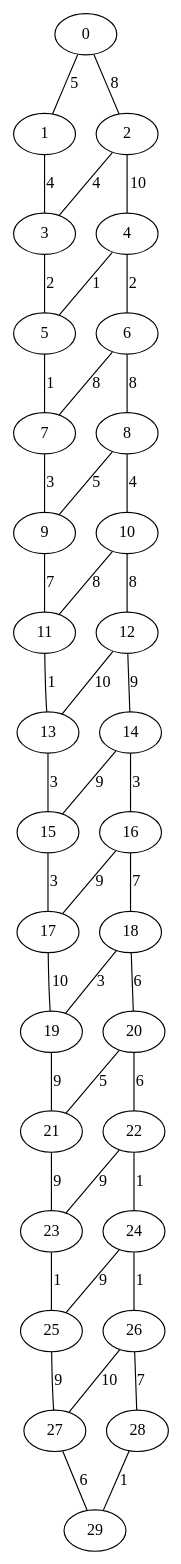
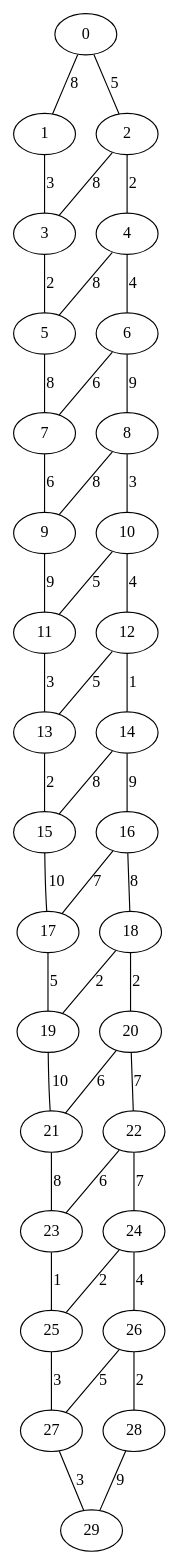
Before and after one commit to HugoBec/graph: the diagram in gv/Mesh_30.gv, drawn with Graphviz. The commit also changed 23 other files, not shown here.

```diff
--- a/gv/Mesh_30.gv
+++ b/gv/Mesh_30.gv
@@ -1,75 +1,75 @@
 graph {
 	0 [label=0]
 	1 [label=1]
 	2 [label=2]
 	3 [label=3]
 	4 [label=4]
 	5 [label=5]
 	6 [label=6]
 	7 [label=7]
 	8 [label=8]
 	9 [label=9]
 	10 [label=10]
 	11 [label=11]
 	12 [label=12]
 	13 [label=13]
 	14 [label=14]
 	15 [label=15]
 	16 [label=16]
 	17 [label=17]
 	18 [label=18]
 	19 [label=19]
 	20 [label=20]
 	21 [label=21]
 	22 [label=22]
 	23 [label=23]
 	24 [label=24]
 	25 [label=25]
 	26 [label=26]
 	27 [label=27]
 	28 [label=28]
 	29 [label=29]
-	0 -- 2 [label=8]
-	0 -- 1 [label=5]
-	1 -- 3 [label=4]
-	2 -- 4 [label=10]
-	2 -- 3 [label=4]
+	0 -- 2 [label=5]
+	0 -- 1 [label=8]
+	1 -- 3 [label=3]
+	2 -- 4 [label=2]
+	2 -- 3 [label=8]
 	3 -- 5 [label=2]
-	4 -- 6 [label=2]
-	4 -- 5 [label=1]
-	5 -- 7 [label=1]
-	6 -- 8 [label=8]
-	6 -- 7 [label=8]
-	7 -- 9 [label=3]
-	8 -- 10 [label=4]
-	8 -- 9 [label=5]
-	9 -- 11 [label=7]
-	10 -- 12 [label=8]
-	10 -- 11 [label=8]
-	11 -- 13 [label=1]
-	12 -- 14 [label=9]
-	12 -- 13 [label=10]
-	13 -- 15 [label=3]
-	14 -- 16 [label=3]
-	14 -- 15 [label=9]
-	15 -- 17 [label=3]
-	16 -- 18 [label=7]
-	16 -- 17 [label=9]
-	17 -- 19 [label=10]
-	18 -- 20 [label=6]
-	18 -- 19 [label=3]
-	19 -- 21 [label=9]
-	20 -- 22 [label=6]
-	20 -- 21 [label=5]
-	21 -- 23 [label=9]
-	22 -- 24 [label=1]
-	22 -- 23 [label=9]
+	4 -- 6 [label=4]
+	4 -- 5 [label=8]
+	5 -- 7 [label=8]
+	6 -- 8 [label=9]
+	6 -- 7 [label=6]
+	7 -- 9 [label=6]
+	8 -- 10 [label=3]
+	8 -- 9 [label=8]
+	9 -- 11 [label=9]
+	10 -- 12 [label=4]
+	10 -- 11 [label=5]
+	11 -- 13 [label=3]
+	12 -- 14 [label=1]
+	12 -- 13 [label=5]
+	13 -- 15 [label=2]
+	14 -- 16 [label=9]
+	14 -- 15 [label=8]
+	15 -- 17 [label=10]
+	16 -- 18 [label=8]
+	16 -- 17 [label=7]
+	17 -- 19 [label=5]
+	18 -- 20 [label=2]
+	18 -- 19 [label=2]
+	19 -- 21 [label=10]
+	20 -- 22 [label=7]
+	20 -- 21 [label=6]
+	21 -- 23 [label=8]
+	22 -- 24 [label=7]
+	22 -- 23 [label=6]
 	23 -- 25 [label=1]
-	24 -- 26 [label=1]
-	24 -- 25 [label=9]
-	25 -- 27 [label=9]
-	26 -- 28 [label=7]
-	26 -- 27 [label=10]
-	27 -- 29 [label=6]
-	28 -- 29 [label=1]
+	24 -- 26 [label=4]
+	24 -- 25 [label=2]
+	25 -- 27 [label=3]
+	26 -- 28 [label=2]
+	26 -- 27 [label=5]
+	27 -- 29 [label=3]
+	28 -- 29 [label=9]
 }
```
